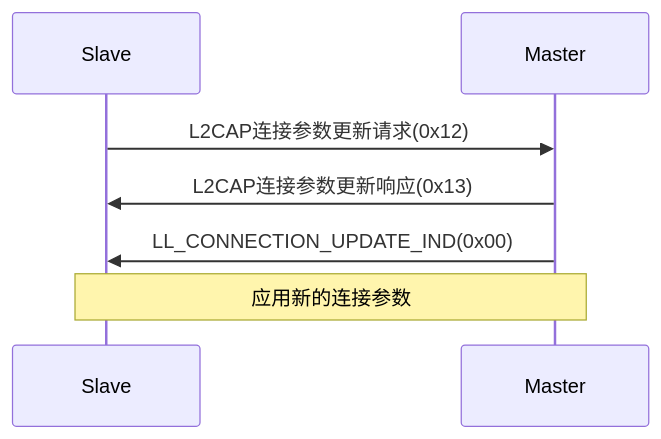
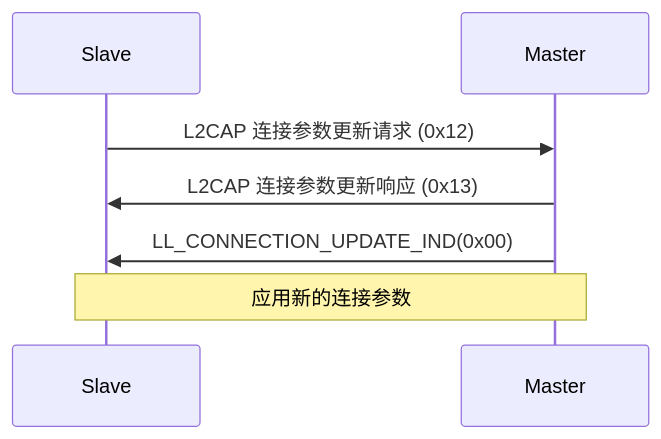
The sixth of 6 diagrams in source/_posts/ble/BLE蓝牙学习.md (24849748/techNote), drawn with Mermaid before and after one commit. The commit also changed other lines of this file and 5 other files, not shown here.

````diff
--- a/source/_posts/ble/BLE蓝牙学习.md
+++ b/source/_posts/ble/BLE蓝牙学习.md
@@ -189,7 +207,7 @@
 ```Mermaid
 sequenceDiagram
-    Slave->>Master: L2CAP连接参数更新请求(0x12)
-    Master->>Slave: L2CAP连接参数更新响应(0x13)
+    Slave->>Master: L2CAP 连接参数更新请求 (0x12)
+    Master->>Slave: L2CAP 连接参数更新响应 (0x13)
     Master->>Slave: LL_CONNECTION_UPDATE_IND(0x00)
-    Note over Master,Slave:应用新的连接参数
+    Note over Master,Slave: 应用新的连接参数
 ```
````
